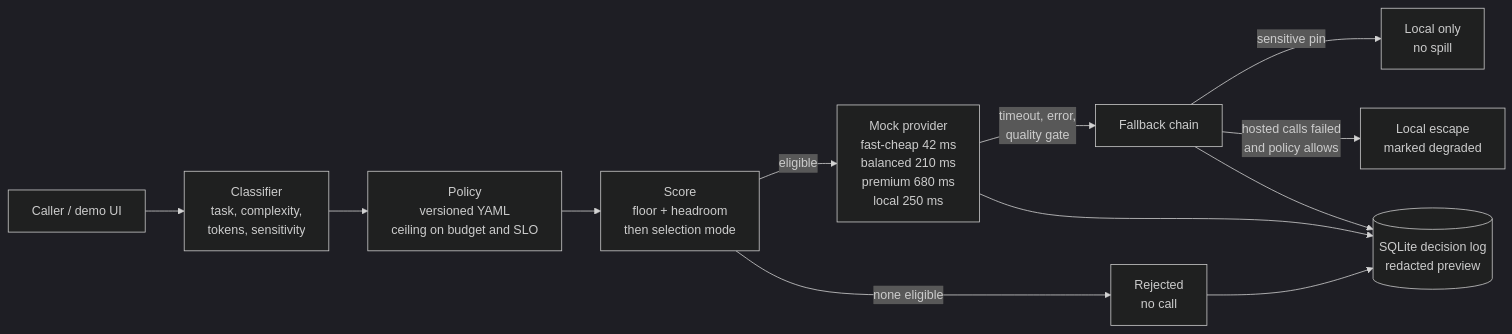
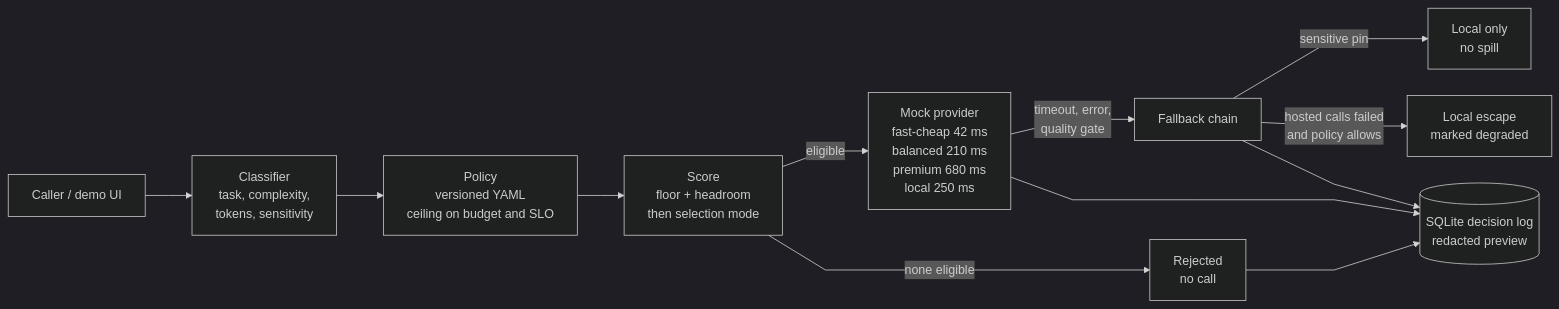
The first of 2 diagrams in switchboard/README.md (kumarlakshya24/enterprise-ai-platform), drawn with Mermaid (dark theme) before and after one commit. The commit also changed 6 other files, not shown here.

First line of the commit message:
docs: redraw seven project architecture diagrams with no crossing lines (#24)

````diff
--- a/switchboard/README.md
+++ b/switchboard/README.md
@@ -151,14 +151,15 @@
 ```mermaid
+%%{init: {"flowchart": {"curve": "linear", "nodeSpacing": 34, "rankSpacing": 60}}}%%
 flowchart LR
     U[Caller / demo UI] --> C[Classifier<br/>task, complexity,<br/>tokens, sensitivity]
     C --> P[Policy<br/>versioned YAML<br/>ceiling on budget and SLO]
     P --> S[Score<br/>floor + headroom<br/>then selection mode]
     S -->|eligible| M[Mock provider<br/>fast-cheap 42 ms<br/>balanced 210 ms<br/>premium 680 ms<br/>local 250 ms]
     S -->|none eligible| R[Rejected<br/>no call]
     M -->|timeout, error,<br/>quality gate| F[Fallback chain]
     F -->|sensitive pin| L[Local only<br/>no spill]
     F -->|hosted calls failed<br/>and policy allows| E[Local escape<br/>marked degraded]
-    M --> D[(SQLite decision log<br/>redacted preview)]
-    F --> D
+    F --> D[(SQLite decision log<br/>redacted preview)]
+    M --> D
     R --> D
 ```
````
